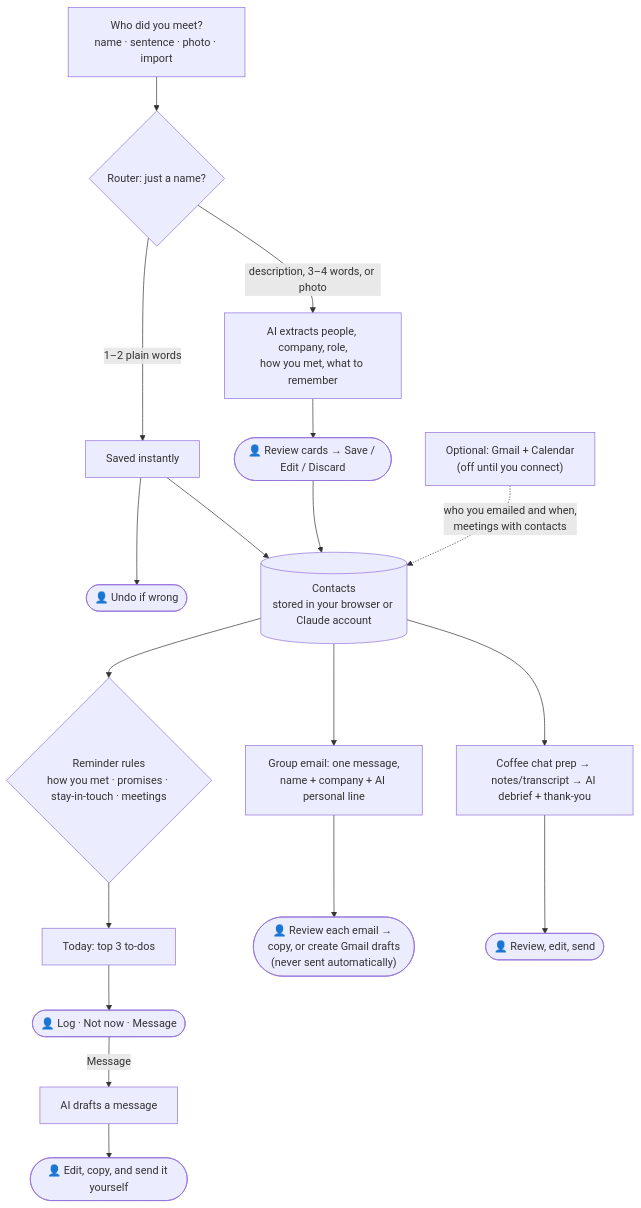
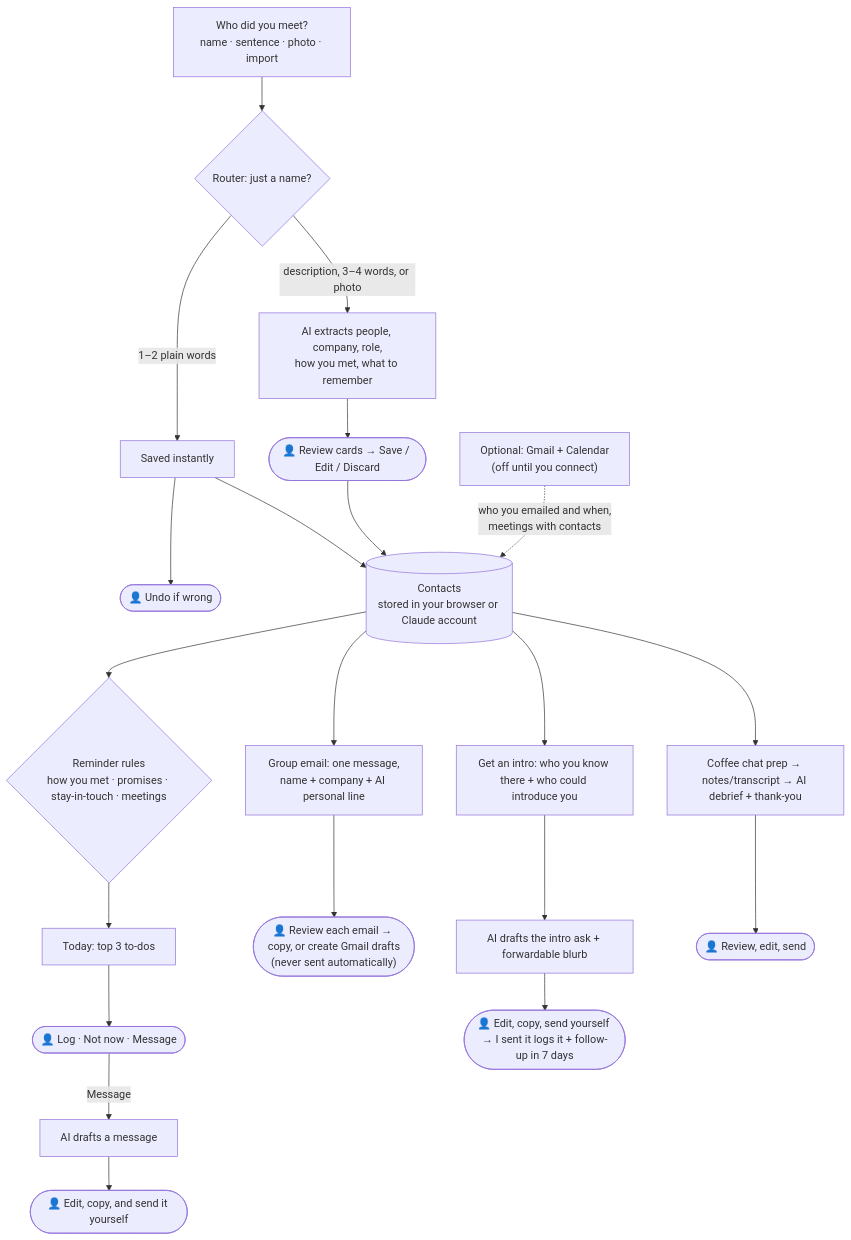
The diagram in README.md (dlut126/NetWork), drawn with Mermaid before and after one commit. The commit also changed other lines of this file and 1 other file, not shown here.

First line of the commit message:
Add Get an intro: who you know there, who could introduce you, and a drafted ask

````diff
--- a/README.md
+++ b/README.md
@@ -128,20 +128,23 @@
 ```mermaid
 flowchart TD
   A["Who did you meet?<br/>name · sentence · photo · import"] --> R{"Router: just a name?"}
   R -- "1–2 plain words" --> S["Saved instantly"]
   S --> U(["👤 Undo if wrong"])
   R -- "description, 3–4 words, or photo" --> AI["AI extracts people, company, role,<br/>how you met, what to remember"]
   AI --> H1(["👤 Review cards → Save / Edit / Discard"])
   H1 --> C[("Contacts<br/>stored in your browser or Claude account")]
   S --> C
   GM["Optional: Gmail + Calendar<br/>(off until you connect)"] -. "who you emailed and when,<br/>meetings with contacts" .-> C
   C --> RULES{"Reminder rules<br/>how you met · promises · stay-in-touch · meetings"}
   RULES --> T["Today: top 3 to-dos"]
   T --> H2(["👤 Log · Not now · Message"])
   H2 -- Message --> D["AI drafts a message"]
   D --> H3(["👤 Edit, copy, and send it yourself"])
   C --> G["Group email: one message,<br/>name + company + AI personal line"]
   G --> H4(["👤 Review each email → copy, or create Gmail drafts<br/>(never sent automatically)"])
+  C --> I["Get an intro: who you know there + who could introduce you"]
+  I --> ID["AI drafts the intro ask + forwardable blurb"]
+  ID --> H6(["👤 Edit, copy, send yourself → I sent it logs it + follow-up in 7 days"])
   C --> P["Coffee chat prep → notes/transcript → AI debrief + thank-you"]
   P --> H5(["👤 Review, edit, send"])
 ```
````
